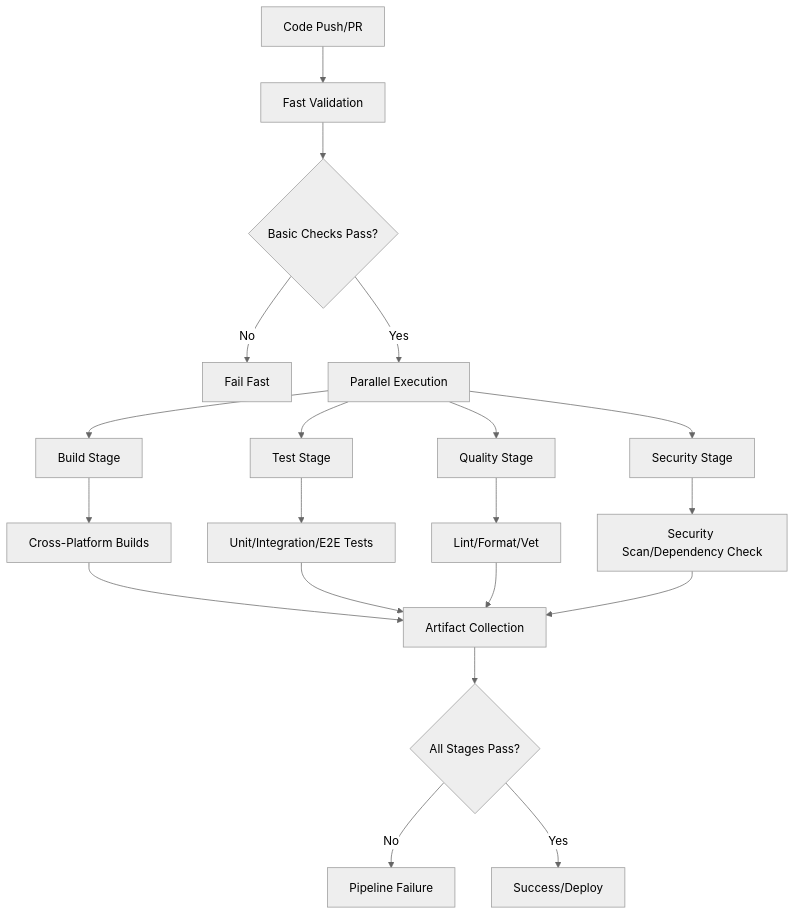
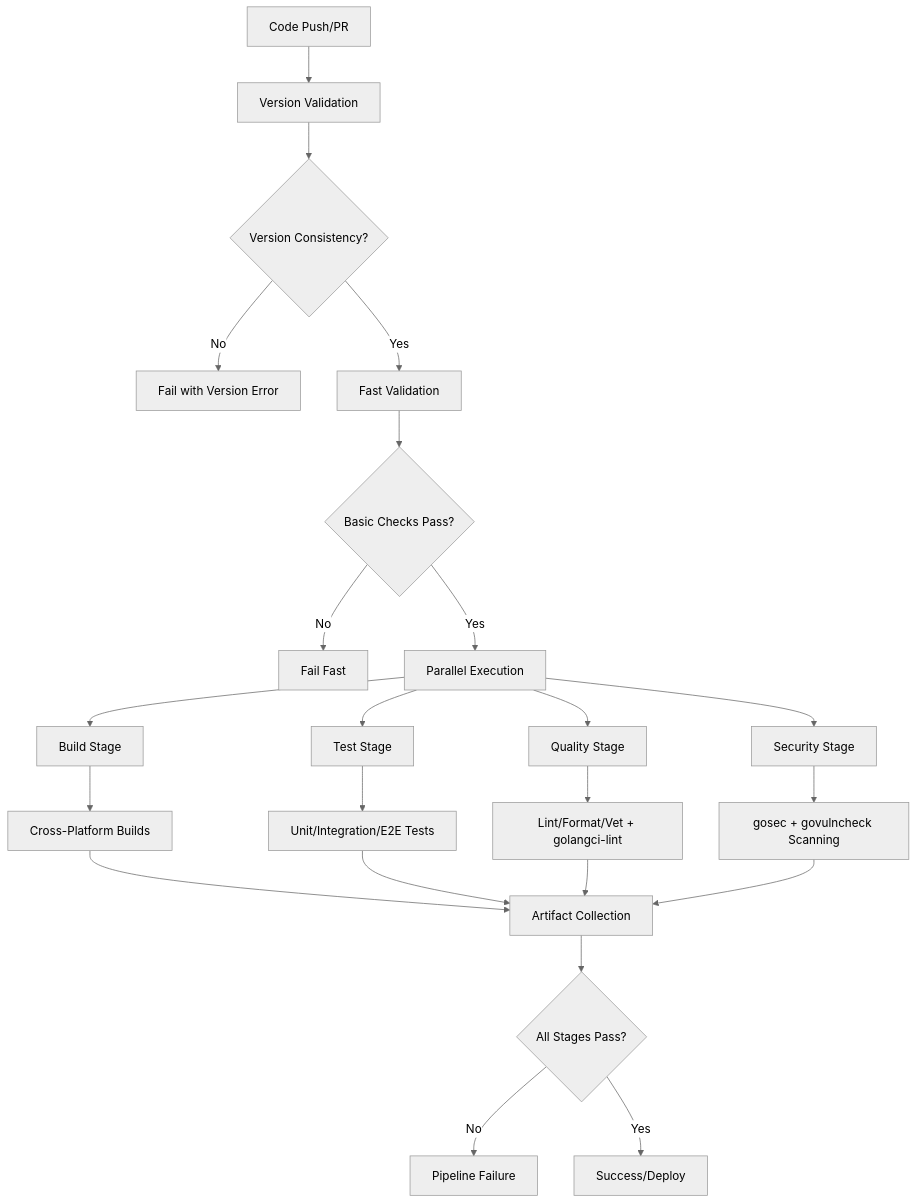
Before and after one commit to cexll/claude-code-env: the diagram in .claude/specs/github-actions-cicd/design.md, drawn with Mermaid (neutral theme). The commit also changed other lines of this file and 29 other files, not shown here.

````diff
--- a/.claude/specs/github-actions-cicd/design.md
+++ b/.claude/specs/github-actions-cicd/design.md
@@ -40,26 +45,29 @@
 ```mermaid
 graph TD
-    A[Code Push/PR] --> B[Fast Validation]
-    B --> C{Basic Checks Pass?}
-    C -->|No| D[Fail Fast]
-    C -->|Yes| E[Parallel Execution]
+    A[Code Push/PR] --> B[Version Validation]
+    B --> C{Version Consistency?}
+    C -->|No| D[Fail with Version Error]
+    C -->|Yes| E[Fast Validation]
+    E --> F{Basic Checks Pass?}
+    F -->|No| G[Fail Fast]
+    F -->|Yes| H[Parallel Execution]
     
-    E --> F[Build Stage]
-    E --> G[Test Stage] 
-    E --> H[Quality Stage]
-    E --> I[Security Stage]
+    H --> I[Build Stage]
+    H --> J[Test Stage] 
+    H --> K[Quality Stage]
+    H --> L[Security Stage]
     
-    F --> J[Cross-Platform Builds]
-    G --> K[Unit/Integration/E2E Tests]
-    H --> L[Lint/Format/Vet]
-    I --> M[Security Scan/Dependency Check]
+    I --> M[Cross-Platform Builds]
+    J --> N[Unit/Integration/E2E Tests]
+    K --> O[Lint/Format/Vet + golangci-lint]
+    L --> P[gosec + govulncheck Scanning]
     
-    J --> N[Artifact Collection]
-    K --> N
-    L --> N
-    M --> N
+    M --> Q[Artifact Collection]
+    N --> Q
+    O --> Q
+    P --> Q
     
-    N --> O{All Stages Pass?}
-    O -->|No| P[Pipeline Failure]
-    O -->|Yes| Q[Success/Deploy]
+    Q --> R{All Stages Pass?}
+    R -->|No| S[Pipeline Failure]
+    R -->|Yes| T[Success/Deploy]
 ```
````
